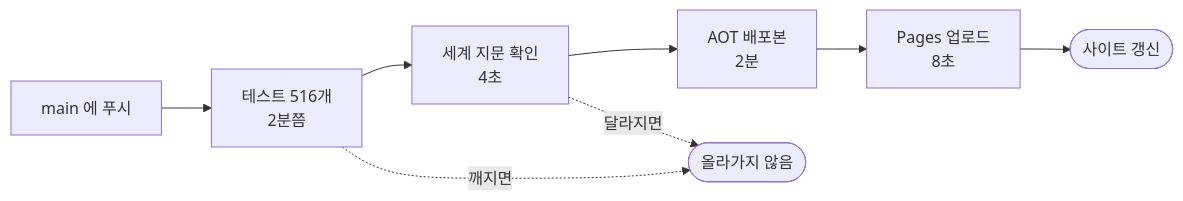
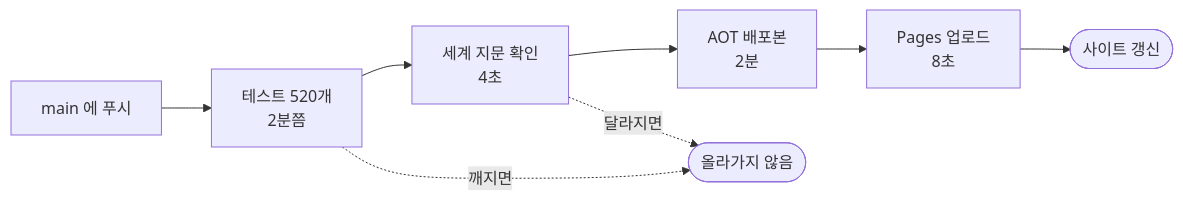
One commit to Sundae-unity-dev/Football-TacticManager changed the diagram in docs/배포.md. Above: the diagram before and after it, drawn with Mermaid. The commit also changed 16 other files, not shown here.

````diff
--- a/docs/배포.md
+++ b/docs/배포.md
@@ -8,10 +8,10 @@
 ```mermaid
 flowchart LR
-  P["main 에 푸시"] --> T["테스트 516개<br/>2분쯤"]
+  P["main 에 푸시"] --> T["테스트 520개<br/>2분쯤"]
   T --> F["세계 지문 확인<br/>4초"]
   F --> A["AOT 배포본<br/>2분"]
   A --> U["Pages 업로드<br/>8초"]
   U --> L(["사이트 갱신"])
   T -. "깨지면" .-> X(["올라가지 않음"])
   F -. "달라지면" .-> X
 ```
````
